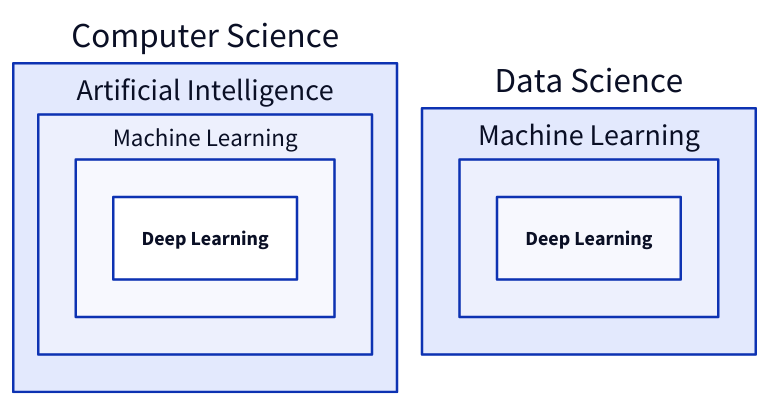
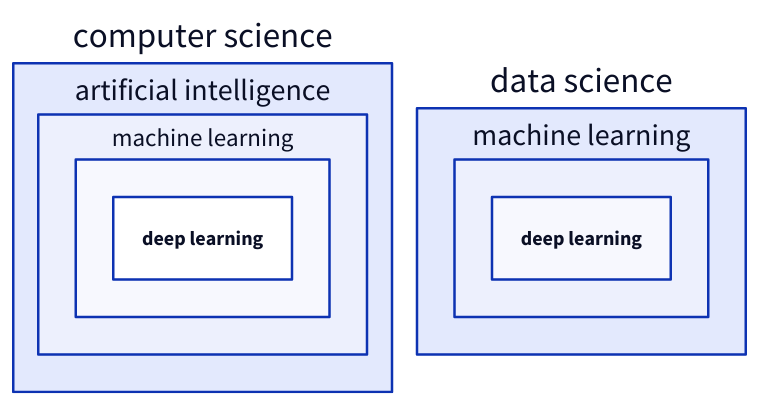
Before and after one commit to j-ochmann/j-ochmann.github.io: the diagram in src/content/docs/en/ai/index.md, drawn with D2. The commit also changed other lines of this file and 108 other files, not shown here.

````diff
--- a/src/content/docs/en/ai/index.md
+++ b/src/content/docs/en/ai/index.md
@@ -9,14 +12,14 @@
 ```d2
-Computer Science: {
-  Artificial Intelligence: {
-    Machine Learning: {
-      Deep Learning
+computer science: {
+  artificial intelligence: {
+    machine learning: {
+      deep learning
     }
   }
 }
-Data Science: {
-  Machine Learning: {
-    Deep Learning
+data science: {
+  machine learning: {
+    deep learning
   }
 }
 ```
````
